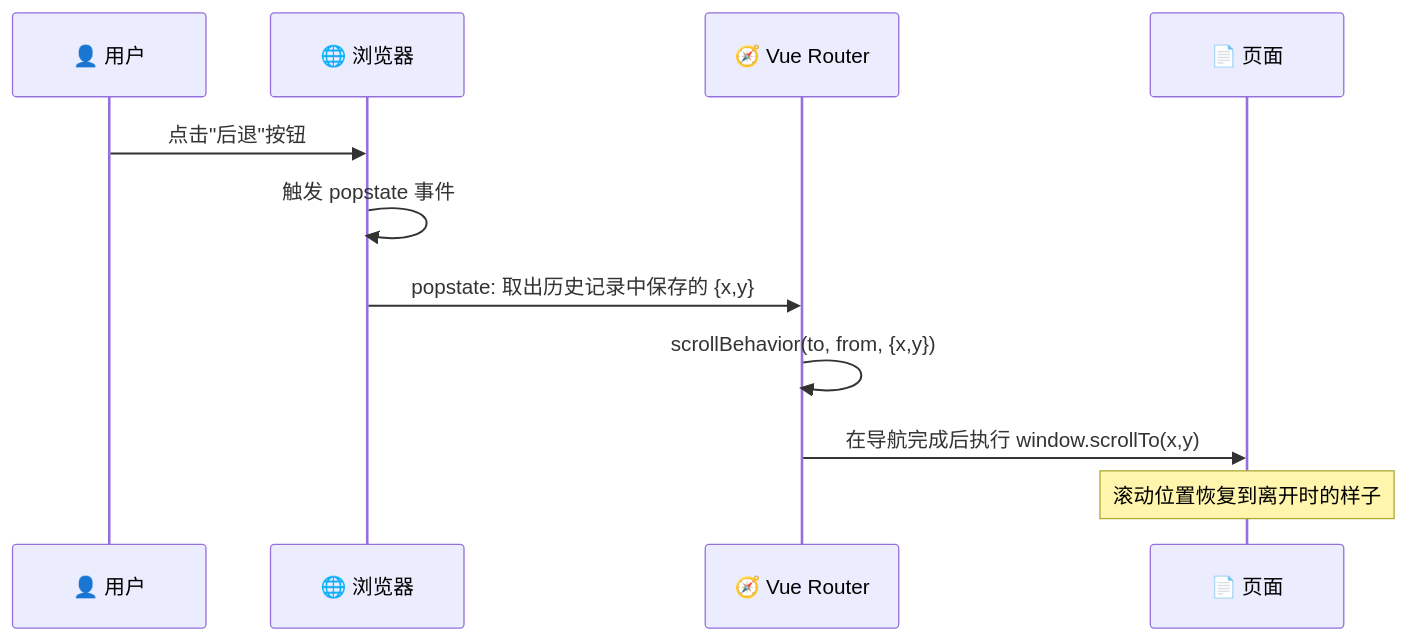
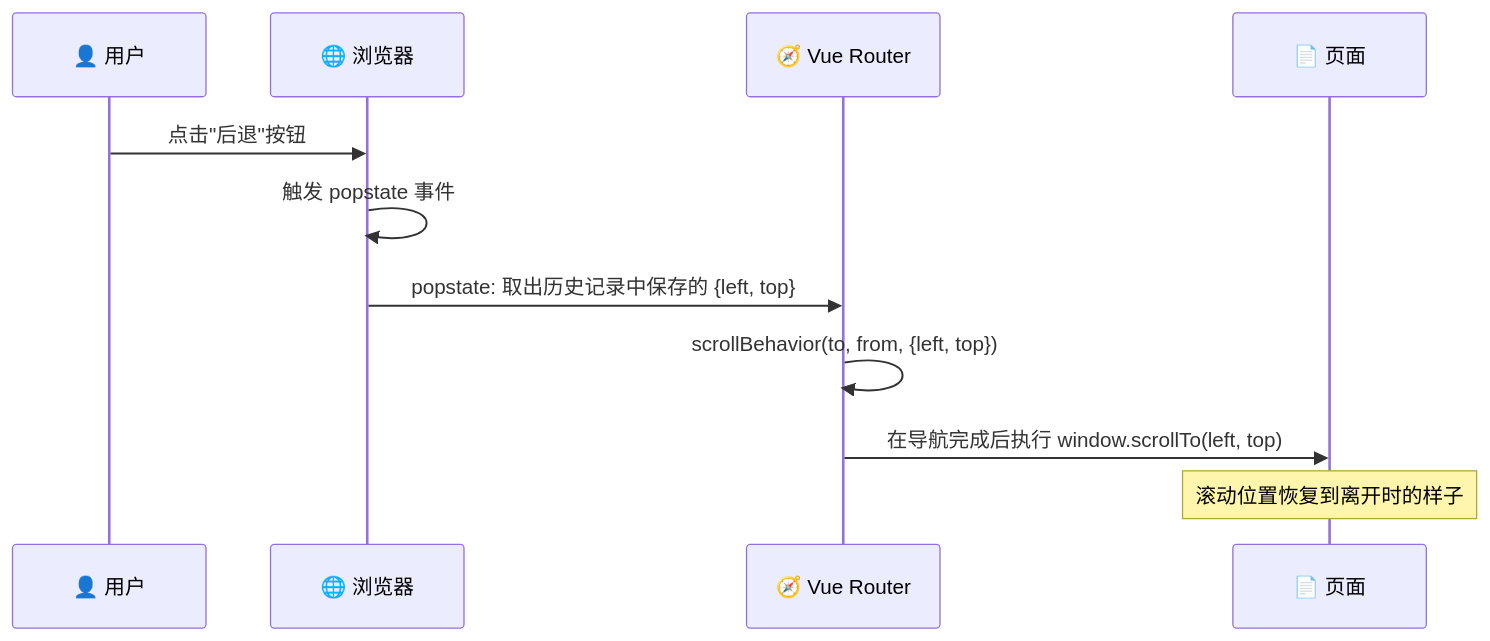
One commit to zjh42139/interview-notes changed the diagram in docs/VueRouter/scroll-behavior.md. Above: the diagram before and after it, drawn with Mermaid. The commit also changed other lines of this file and 118 other files, not shown here.

````diff
--- a/docs/VueRouter/scroll-behavior.md
+++ b/docs/VueRouter/scroll-behavior.md
@@ -61,14 +61,14 @@
 ```mermaid
 sequenceDiagram
     participant User as 👤 用户
     participant Browser as 🌐 浏览器
     participant Router as 🧭 Vue Router
     participant Page as 📄 页面
 
     User->>Browser: 点击"后退"按钮
     Browser->>Browser: 触发 popstate 事件
-    Browser->>Router: popstate: 取出历史记录中保存的 {x,y}
-    Router->>Router: scrollBehavior(to, from, {x,y})
-    Router->>Page: 在导航完成后执行 window.scrollTo(x,y)
+    Browser->>Router: popstate: 取出历史记录中保存的 {left, top}
+    Router->>Router: scrollBehavior(to, from, {left, top})
+    Router->>Page: 在导航完成后执行 window.scrollTo(left, top)
     Note over Page: 滚动位置恢复到离开时的样子
 ```
````
